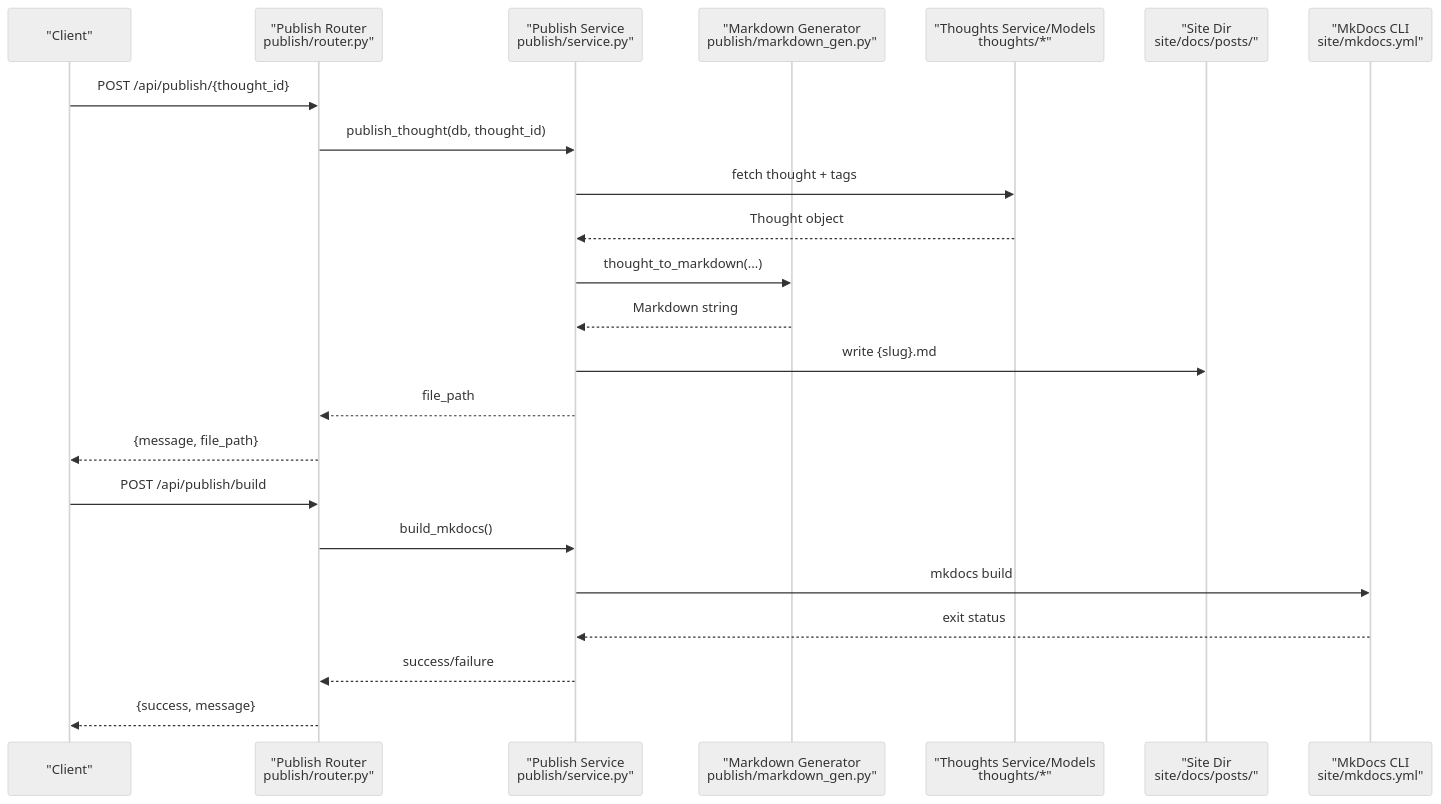
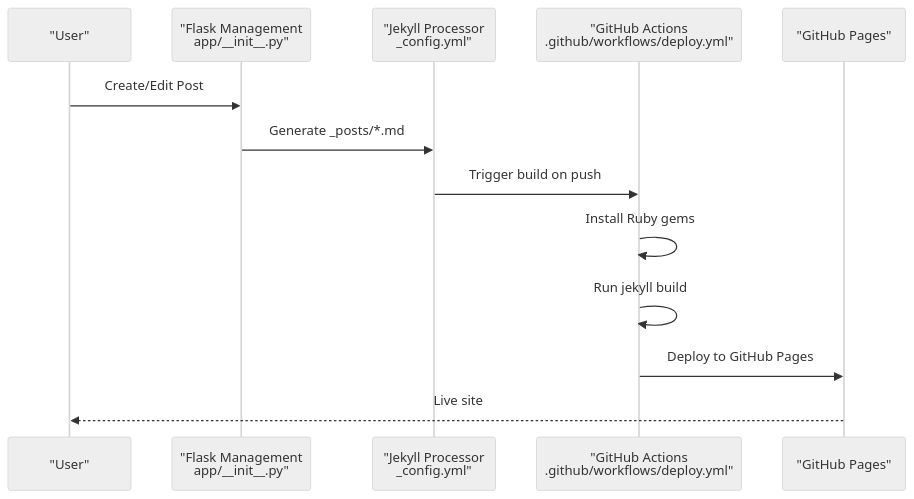
One commit to PolarisW007/PolaZhenJing changed the second of 4 diagrams in .qoder/repowiki/en/content/Backend Application/Publishing Pipeline.md. Above: the diagram before and after it, drawn with Mermaid (neutral theme). The commit also changed other lines of this file and 153 other files, not shown here.

````diff
--- a/.qoder/repowiki/en/content/Backend Application/Publishing Pipeline.md
+++ b/.qoder/repowiki/en/content/Backend Application/Publishing Pipeline.md
@@ -121,25 +111,15 @@
 ```mermaid
 sequenceDiagram
-participant Client as "Client"
-participant API as "Publish Router<br/>publish/router.py"
-participant Svc as "Publish Service<br/>publish/service.py"
-participant Gen as "Markdown Generator<br/>publish/markdown_gen.py"
-participant DB as "Thoughts Service/Models<br/>thoughts/*"
-participant FS as "Site Dir<br/>site/docs/posts/"
-participant MK as "MkDocs CLI<br/>site/mkdocs.yml"
-Client->>API : POST /api/publish/{thought_id}
-API->>Svc : publish_thought(db, thought_id)
-Svc->>DB : fetch thought + tags
-DB-->>Svc : Thought object
-Svc->>Gen : thought_to_markdown(...)
-Gen-->>Svc : Markdown string
-Svc->>FS : write {slug}.md
-Svc-->>API : file_path
-API-->>Client : {message, file_path}
-Client->>API : POST /api/publish/build
-API->>Svc : build_mkdocs()
-Svc->>MK : mkdocs build
-MK-->>Svc : exit status
-Svc-->>API : success/failure
-API-->>Client : {success, message}
+participant User as "User"
+participant Flask as "Flask Management<br/>app/__init__.py"
+participant Jekyll as "Jekyll Processor<br/>_config.yml"
+participant GH as "GitHub Actions<br/>.github/workflows/deploy.yml"
+participant Pages as "GitHub Pages"
+User->>Flask : Create/Edit Post
+Flask->>Jekyll : Generate _posts/*.md
+Jekyll->>GH : Trigger build on push
+GH->>GH : Install Ruby gems
+GH->>GH : Run jekyll build
+GH->>Pages : Deploy to GitHub Pages
+Pages-->>User : Live site
 ```
````
